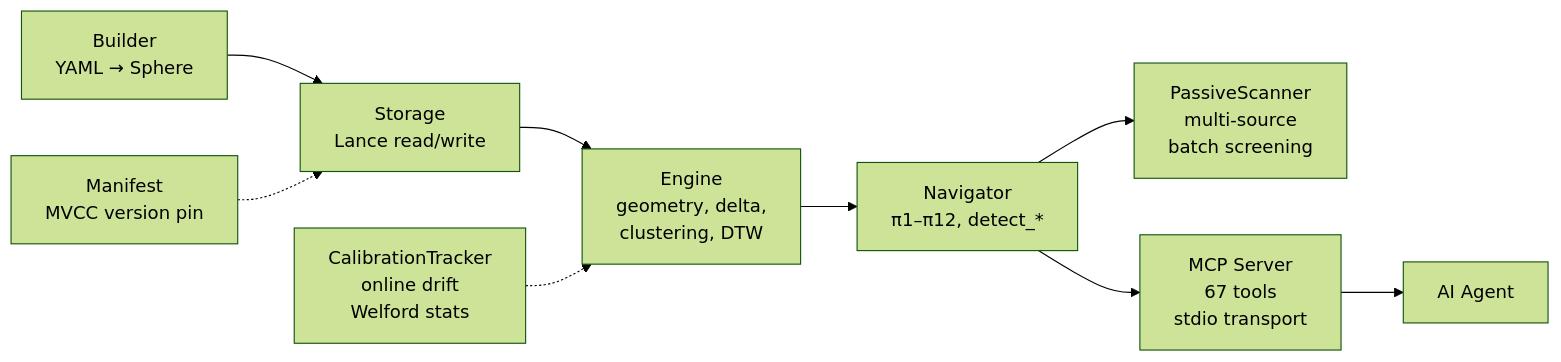
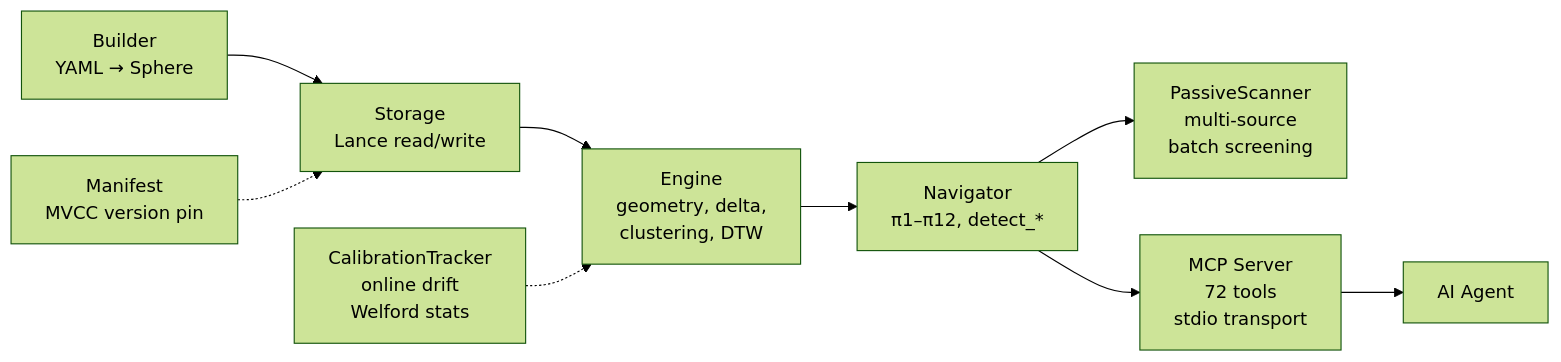
One commit to hypertopos/hypertopos-py changed the fifth of 6 diagrams in docs/architecture.md. Above: the diagram before and after it, drawn with Mermaid (forest theme). The commit also changed other lines of this file and 45 other files, not shown here.

````diff
--- a/docs/architecture.md
+++ b/docs/architecture.md
@@ -172,11 +172,11 @@
 ```mermaid
 graph LR
     B["Builder\nYAML → Sphere"] --> ST["Storage\nLance read/write"]
     ST --> E["Engine\ngeometry, delta,\nclustering, DTW"]
     E --> N["Navigator\nπ1–π12, detect_*"]
     N --> PS["PassiveScanner\nmulti-source\nbatch screening"]
-    N --> MCP["MCP Server\n67 tools\nstdio transport"]
+    N --> MCP["MCP Server\n72 tools\nstdio transport"]
     MCP --> Agent["AI Agent"]
     CT["CalibrationTracker\nonline drift\nWelford stats"] -.-> E
     M["Manifest\nMVCC version pin"] -.-> ST
 ```
````
